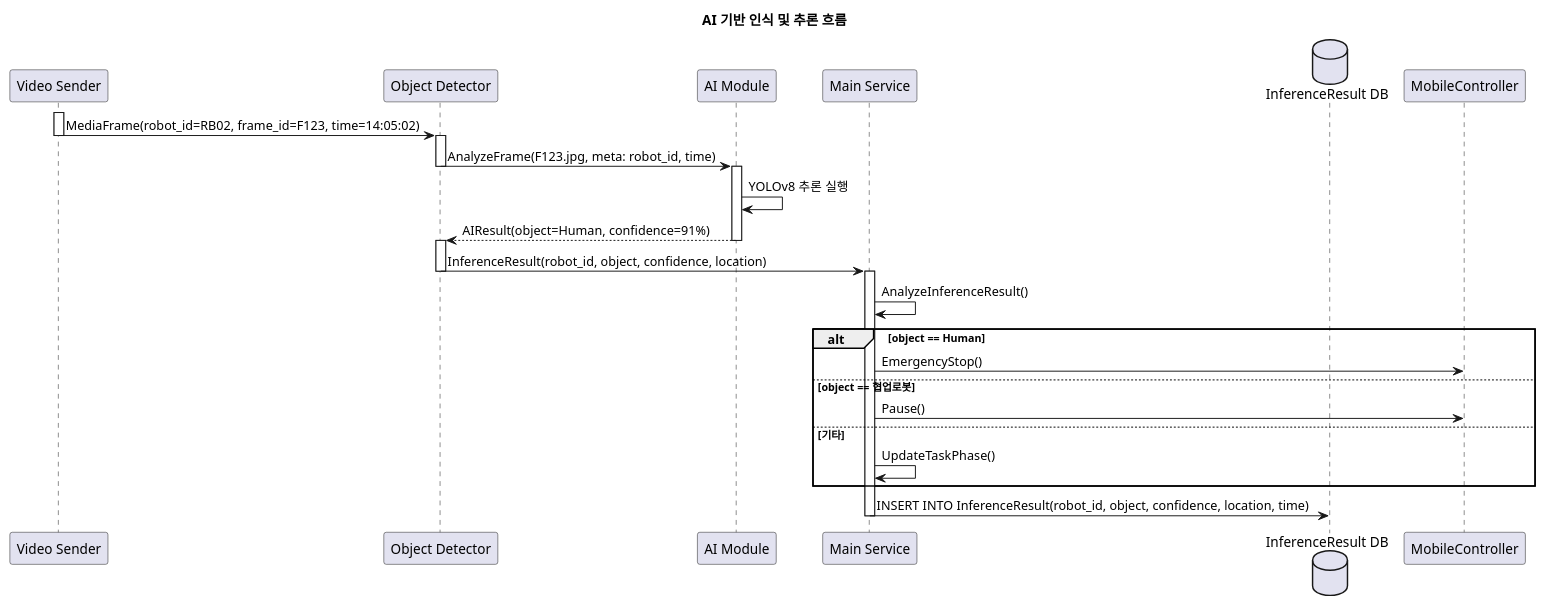
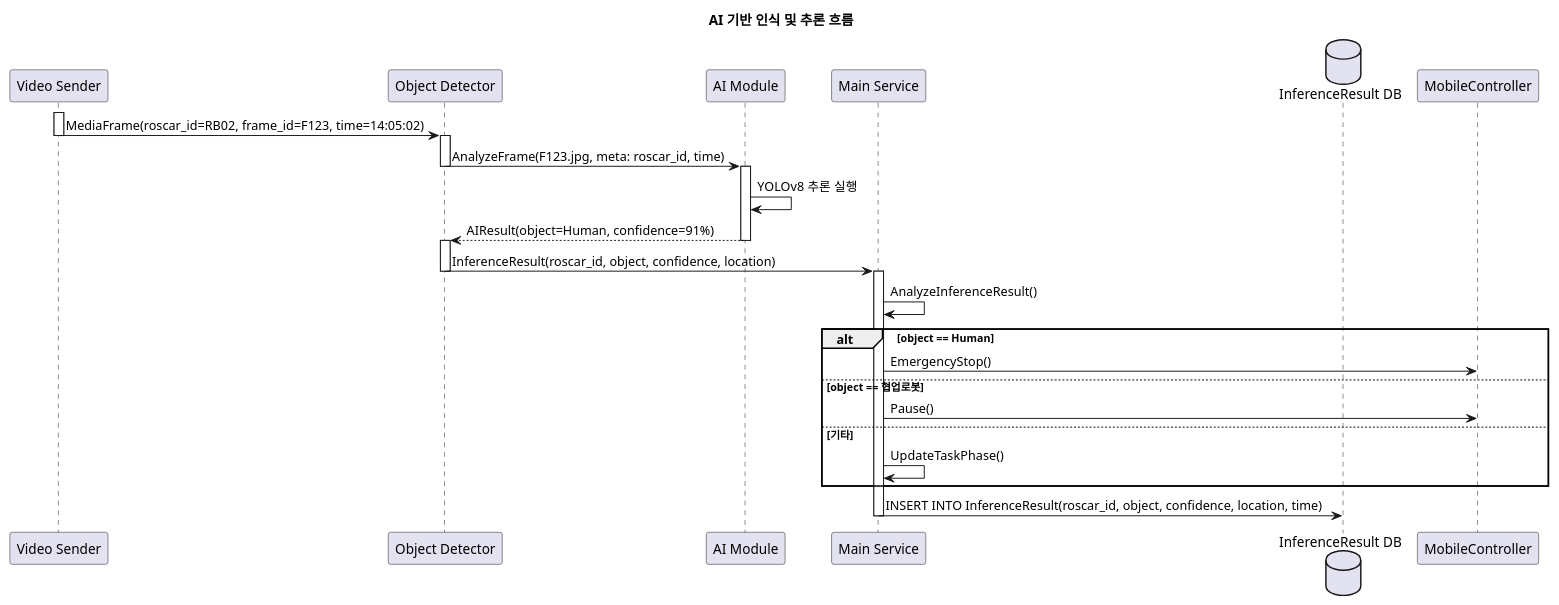
Before and after one commit to addinedu-ros-8th/ros-repo-3: the eighth of 10 diagrams in docs/sequence_diagram v4.md, drawn with PlantUML. The commit also changed other lines of this file and 108 other files, not shown here.

Commit message:
Fix build and Rename robot to roscar

````diff
--- a/docs/sequence_diagram v4.md
+++ b/docs/sequence_diagram v4.md
@@ -325,43 +325,43 @@
 ```plantuml
 @startuml
 title AI 기반 인식 및 추론 흐름
 participant "Video Sender" as Video
 participant "Object Detector" as Detector
 participant "AI Module" as AI
 participant "Main Service" as Main
 database "InferenceResult DB" as DB
 
 
 activate Video
-Video -> Detector : MediaFrame(robot_id=RB02, frame_id=F123, time=14:05:02)
+Video -> Detector : MediaFrame(roscar_id=RB02, frame_id=F123, time=14:05:02)
 deactivate Video
 
 activate Detector
-Detector -> AI : AnalyzeFrame(F123.jpg, meta: robot_id, time)
+Detector -> AI : AnalyzeFrame(F123.jpg, meta: roscar_id, time)
 deactivate Detector
 
 
 activate AI
 AI -> AI : YOLOv8 추론 실행
 AI --> Detector : AIResult(object=Human, confidence=91%)
 deactivate AI
 
 activate Detector
-Detector -> Main : InferenceResult(robot_id, object, confidence, location)
+Detector -> Main : InferenceResult(roscar_id, object, confidence, location)
 deactivate Detector
 
 activate Main
 Main -> Main : AnalyzeInferenceResult()
 
 alt object == Human
     Main -> MobileController : EmergencyStop()
 else object == 협업로봇
     Main -> MobileController : Pause()
 else 기타
     Main -> Main : UpdateTaskPhase()
 end
 
-Main -> DB : INSERT INTO InferenceResult(robot_id, object, confidence, location, time)
+Main -> DB : INSERT INTO InferenceResult(roscar_id, object, confidence, location, time)
 deactivate Main
 @enduml
 ```
````
